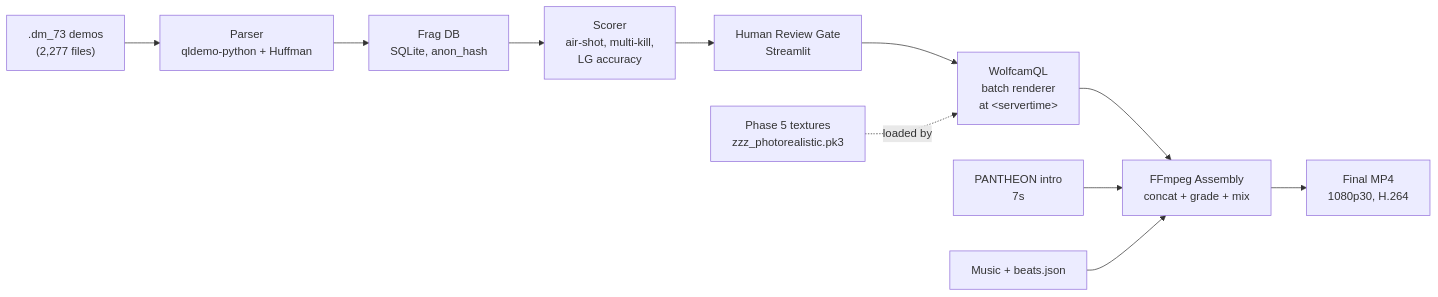
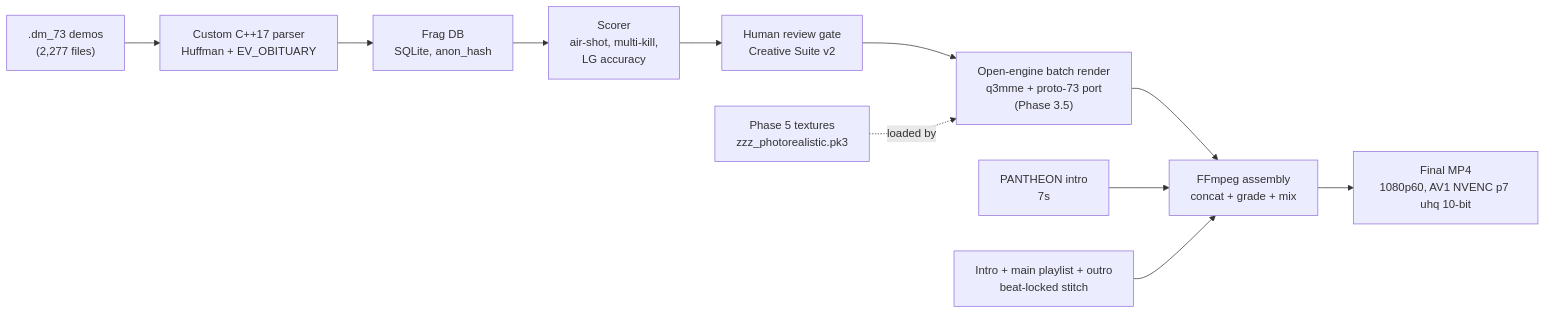
Before and after one commit to Stoneface30/quake-legacy: the diagram in README.md, drawn with Mermaid. The commit also changed other lines of this file and 17 other files, not shown here.

````diff
--- a/README.md
+++ b/README.md
@@ -228,13 +173,13 @@
 ```mermaid
 flowchart LR
-    A[".dm_73 demos<br/>(2,277 files)"] --> B["Parser<br/>qldemo-python + Huffman"]
+    A[".dm_73 demos<br/>(2,277 files)"] --> B["Custom C++17 parser<br/>Huffman + EV_OBITUARY"]
     B --> C["Frag DB<br/>SQLite, anon_hash"]
     C --> D["Scorer<br/>air-shot, multi-kill,<br/>LG accuracy"]
-    D --> E["Human Review Gate<br/>Streamlit"]
-    E --> F["WolfcamQL<br/>batch renderer<br/>at &lt;servertime&gt;"]
-    F --> G["FFmpeg Assembly<br/>concat + grade + mix"]
+    D --> E["Human review gate<br/>Creative Suite v2"]
+    E --> F["Open-engine batch render<br/>q3mme + proto-73 port<br/>(Phase 3.5)"]
+    F --> G["FFmpeg assembly<br/>concat + grade + mix"]
     H["PANTHEON intro<br/>7s"] --> G
-    I["Music + beats.json"] --> G
+    I["Intro + main playlist + outro<br/>beat-locked stitch"] --> G
     J["Phase 5 textures<br/>zzz_photorealistic.pk3"] -.loaded by.-> F
-    G --> K["Final MP4<br/>1080p30, H.264"]
+    G --> K["Final MP4<br/>1080p60, AV1 NVENC p7 uhq 10-bit"]
 ```
````
